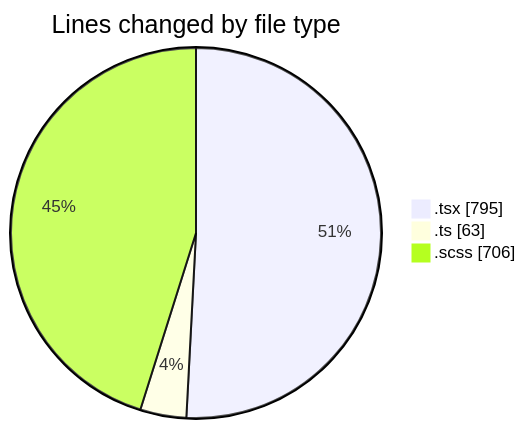
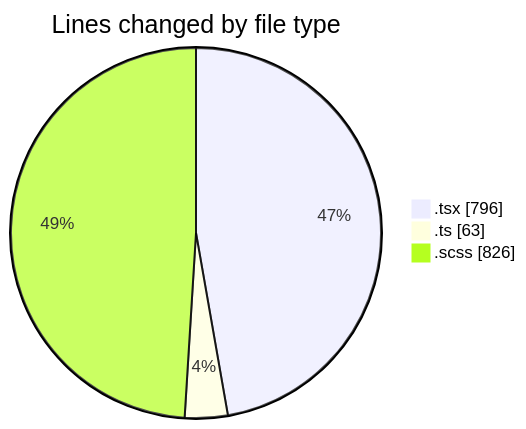
The first of 2 diagrams in 2025-04-02/cda/README.md (momahboobian/code-tracking), drawn with Mermaid before and after one commit. The commit also changed other lines of this file and 1 other file, not shown here.

````diff
--- a/2025-04-02/cda/README.md
+++ b/2025-04-02/cda/README.md
@@ -26,7 +26,7 @@
 ```mermaid
 pie showData
 title Lines changed by file type
-".tsx" : 795
+".tsx" : 796
 ".ts" : 63
-".scss" : 706
+".scss" : 826
 ```
````
